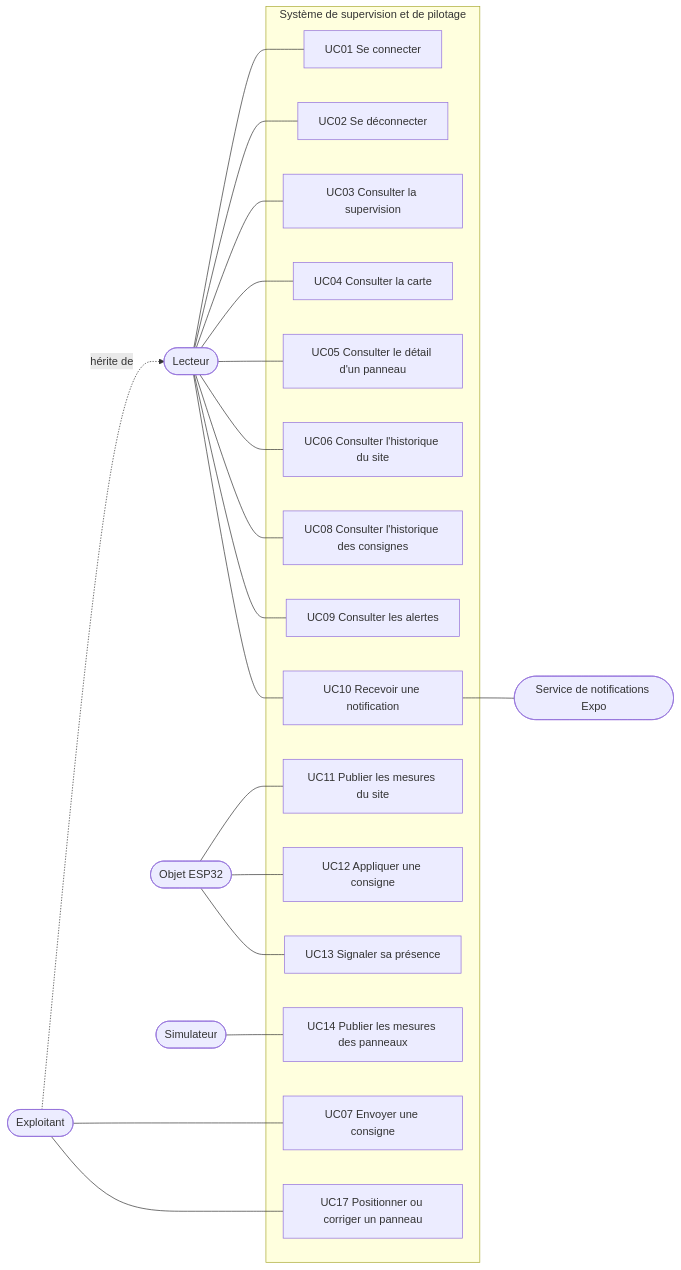
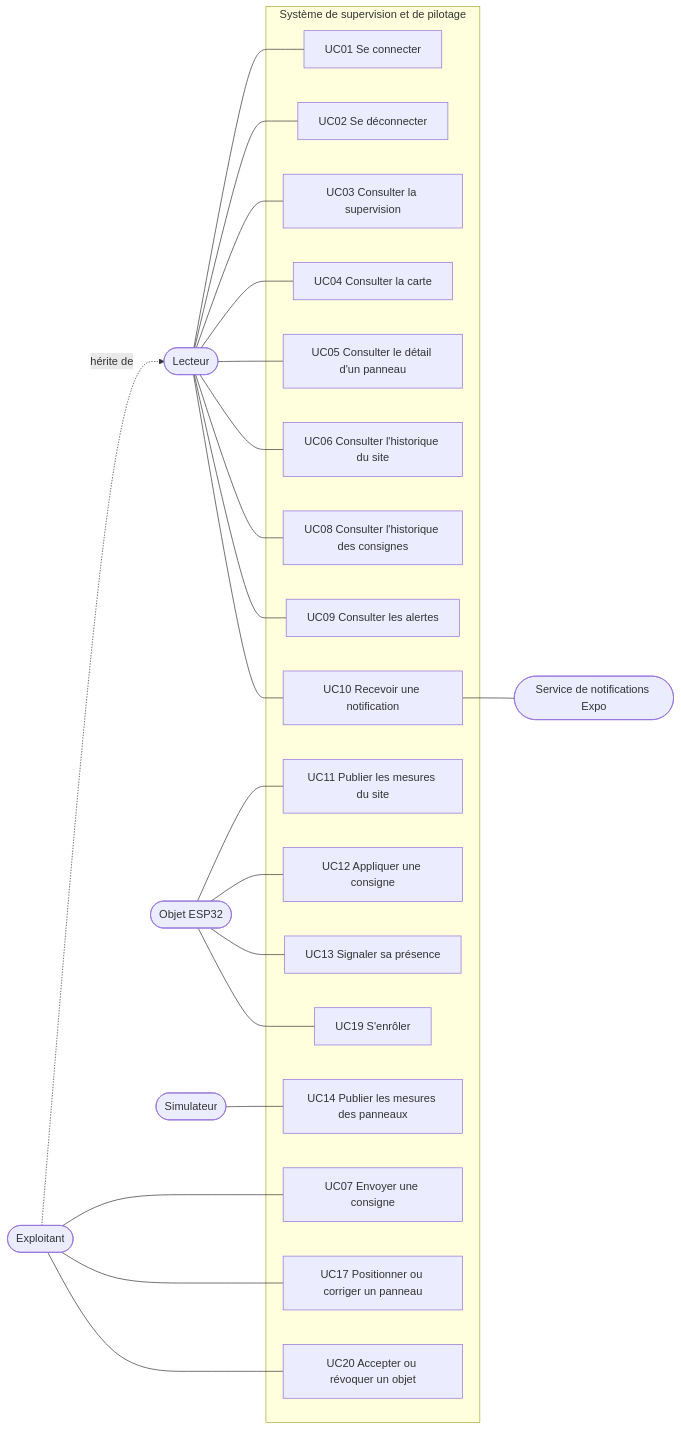
The first of 13 diagrams in docs/conception/02-uml.md (SamuelLnds/proj-app-mobile-co), drawn with Mermaid before and after one commit. The commit also changed other lines of this file and 3 other files, not shown here.

````diff
--- a/docs/conception/02-uml.md
+++ b/docs/conception/02-uml.md
@@ -22,33 +22,35 @@
 ```mermaid
 flowchart LR
   viewer(["Lecteur"])
   operator(["Exploitant"])
   device(["Objet ESP32"])
   simulator(["Simulateur"])
   expo(["Service de notifications Expo"])
 
   subgraph app["Système de supervision et de pilotage"]
     UC01["UC01 Se connecter"]
     UC02["UC02 Se déconnecter"]
     UC03["UC03 Consulter la supervision"]
     UC04["UC04 Consulter la carte"]
     UC05["UC05 Consulter le détail d'un panneau"]
     UC06["UC06 Consulter l'historique du site"]
     UC07["UC07 Envoyer une consigne"]
     UC08["UC08 Consulter l'historique des consignes"]
     UC09["UC09 Consulter les alertes"]
     UC10["UC10 Recevoir une notification"]
     UC11["UC11 Publier les mesures du site"]
     UC12["UC12 Appliquer une consigne"]
     UC13["UC13 Signaler sa présence"]
     UC14["UC14 Publier les mesures des panneaux"]
     UC17["UC17 Positionner ou corriger un panneau"]
+    UC19["UC19 S'enrôler"]
+    UC20["UC20 Accepter ou révoquer un objet"]
   end
 
   viewer --- UC01 & UC02 & UC03 & UC04 & UC05 & UC06 & UC08 & UC09 & UC10
   operator -. hérite de .-> viewer
-  operator --- UC07 & UC17
-  device --- UC11 & UC12 & UC13
+  operator --- UC07 & UC17 & UC20
+  device --- UC11 & UC12 & UC13 & UC19
   simulator --- UC14
   UC10 --- expo
 ```
````
